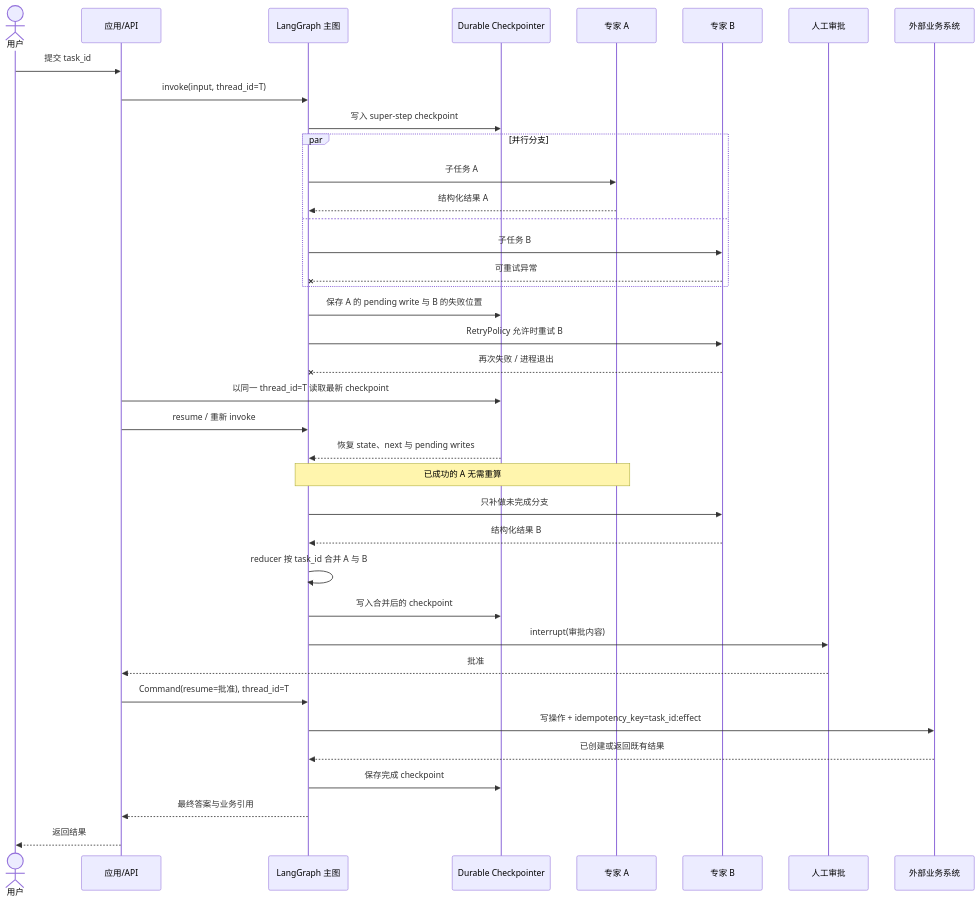
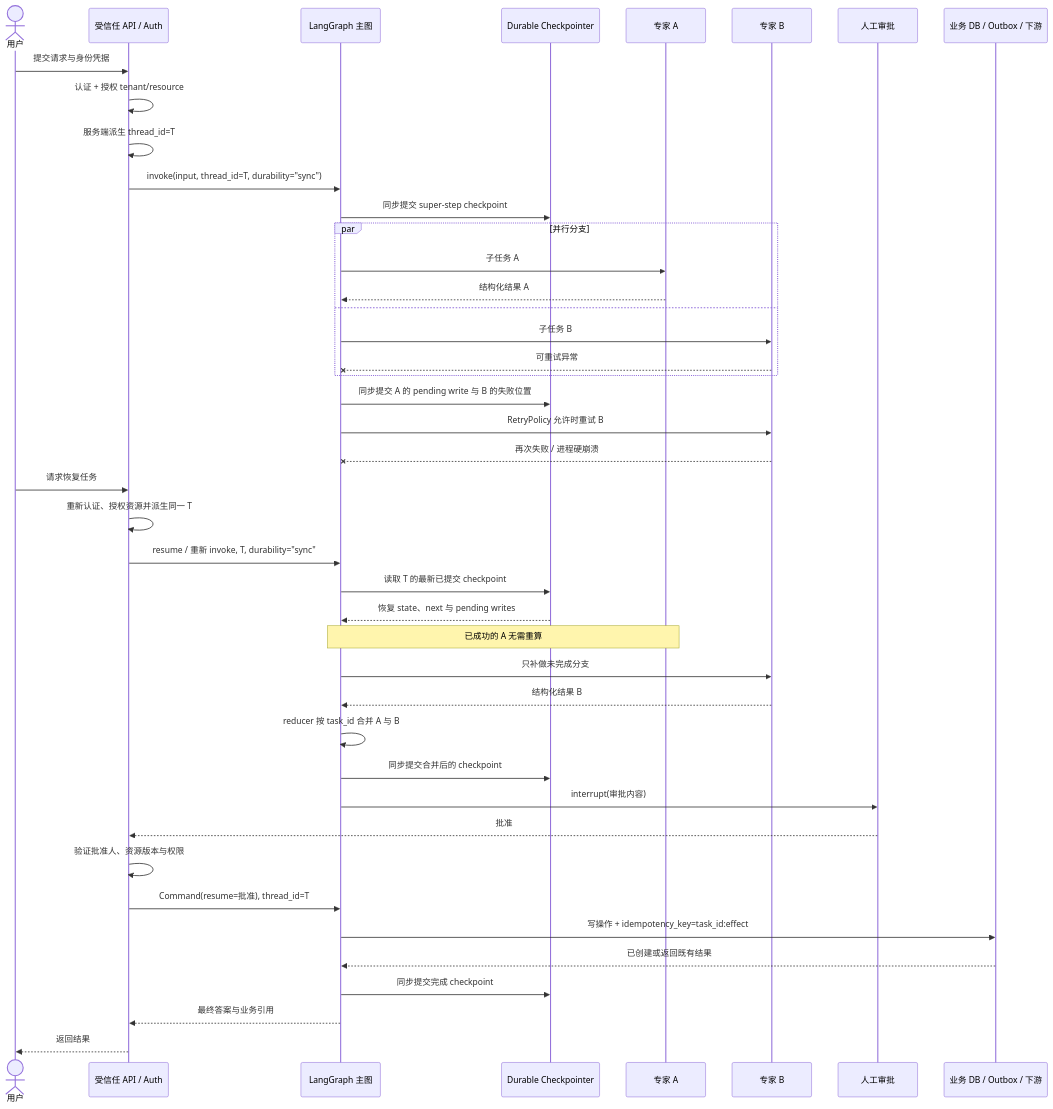
Before and after one commit to sealday/agentic-architecture-atlas: the second of 2 diagrams in content/cases/langgraph-supervisor.mdx, drawn with Mermaid. The commit also changed other lines of this file, not shown here.

````diff
--- a/content/cases/langgraph-supervisor.mdx
+++ b/content/cases/langgraph-supervisor.mdx
@@ -253,45 +275,50 @@
 ```mermaid
 sequenceDiagram
   accTitle: LangGraph 并行任务失败后的耐久恢复序列
-  accDescr: 应用使用同一 thread_id 启动主图；两个专家并行，其中成功结果成为 pending write，失败分支按策略重试。进程退出后重新加载 checkpoint，仅补做失败分支；人工批准后用幂等键执行外部副作用。
+  accDescr: 受信任服务先授权并在服务端派生 thread_id，再以同步 durability 启动主图；已同步提交的成功分支在硬崩溃后可恢复，仅补做失败分支；人工批准后通过独立业务账本以幂等键执行副作用。
 
   actor U as 用户
-  participant App as 应用/API
+  participant App as 受信任 API / Auth
   participant G as LangGraph 主图
   participant C as Durable Checkpointer
   participant A as 专家 A
   participant B as 专家 B
   participant H as 人工审批
-  participant X as 外部业务系统
+  participant X as 业务 DB / Outbox / 下游
 
-  U->>App: 提交 task_id
-  App->>G: invoke(input, thread_id=T)
-  G->>C: 写入 super-step checkpoint
+  U->>App: 提交请求与身份凭据
+  App->>App: 认证 + 授权 tenant/resource
+  App->>App: 服务端派生 thread_id=T
+  App->>G: invoke(input, thread_id=T, durability="sync")
+  G->>C: 同步提交 super-step checkpoint
   par 并行分支
     G->>A: 子任务 A
     A-->>G: 结构化结果 A
   and
     G->>B: 子任务 B
     B--xG: 可重试异常
   end
-  G->>C: 保存 A 的 pending write 与 B 的失败位置
+  G->>C: 同步提交 A 的 pending write 与 B 的失败位置
   G->>B: RetryPolicy 允许时重试 B
-  B--xG: 再次失败 / 进程退出
+  B--xG: 再次失败 / 进程硬崩溃
 
-  App->>C: 以同一 thread_id=T 读取最新 checkpoint
-  App->>G: resume / 重新 invoke
+  U->>App: 请求恢复任务
+  App->>App: 重新认证、授权资源并派生同一 T
+  App->>G: resume / 重新 invoke, T, durability="sync"
+  G->>C: 读取 T 的最新已提交 checkpoint
   C-->>G: 恢复 state、next 与 pending writes
   Note over G,A: 已成功的 A 无需重算
   G->>B: 只补做未完成分支
   B-->>G: 结构化结果 B
   G->>G: reducer 按 task_id 合并 A 与 B
-  G->>C: 写入合并后的 checkpoint
+  G->>C: 同步提交合并后的 checkpoint
   G->>H: interrupt(审批内容)
   H-->>App: 批准
+  App->>App: 验证批准人、资源版本与权限
   App->>G: Command(resume=批准), thread_id=T
   G->>X: 写操作 + idempotency_key=task_id:effect
   X-->>G: 已创建或返回既有结果
-  G->>C: 保存完成 checkpoint
+  G->>C: 同步提交完成 checkpoint
   G-->>App: 最终答案与业务引用
   App-->>U: 返回结果
 ```
````
